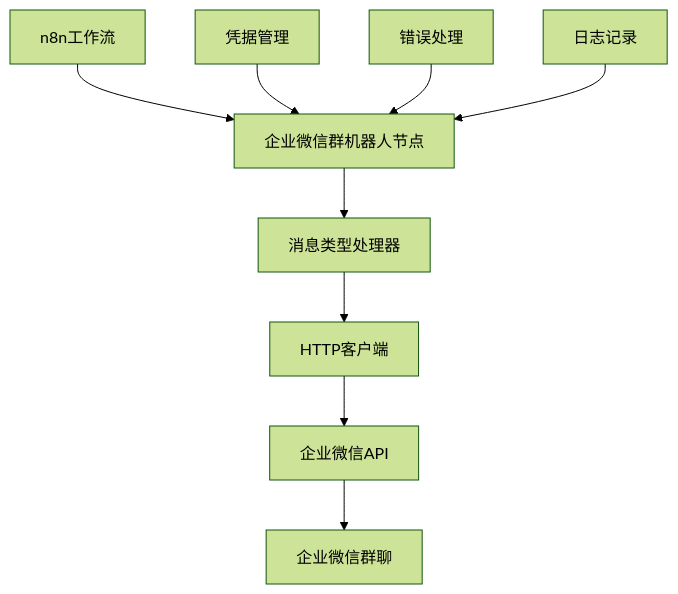
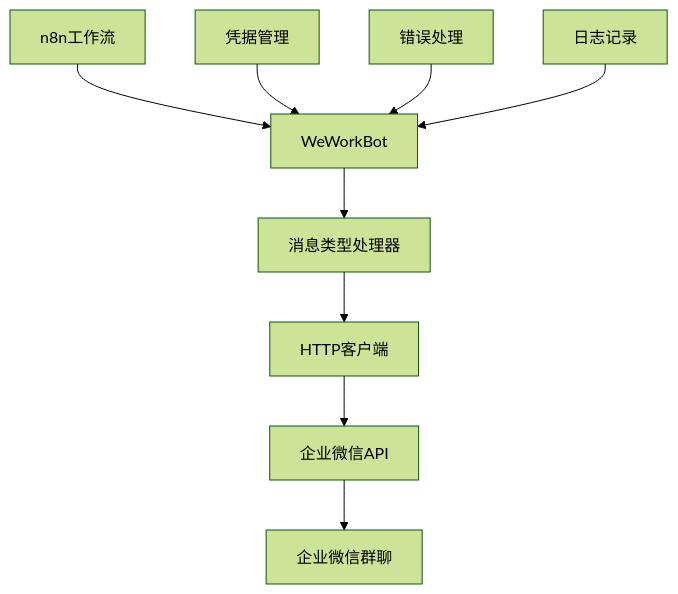
Before and after one commit to CoderDKai/n8n-nodes: the diagram in .kiro/specs/wework-bot-notification/design.md, drawn with Mermaid (forest theme). The commit also changed other lines of this file and 18 other files, not shown here.

First line of the commit message:
refactor: 将节点名称从'企业微信群机器人节点'重命名为'WeWorkBot'

````diff
--- a/.kiro/specs/wework-bot-notification/design.md
+++ b/.kiro/specs/wework-bot-notification/design.md
@@ -11,12 +11,12 @@
 ```mermaid
 graph TB
-    A[n8n工作流] --> B[企业微信群机器人节点]
+    A[n8n工作流] --> B[WeWorkBot]
     B --> C[消息类型处理器]
     C --> D[HTTP客户端]
     D --> E[企业微信API]
     E --> F[企业微信群聊]
     
     G[凭据管理] --> B
     H[错误处理] --> B
     I[日志记录] --> B
 ```
````
